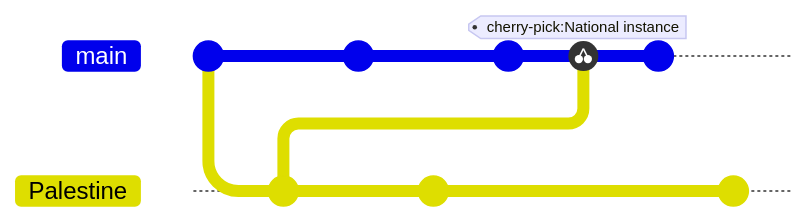
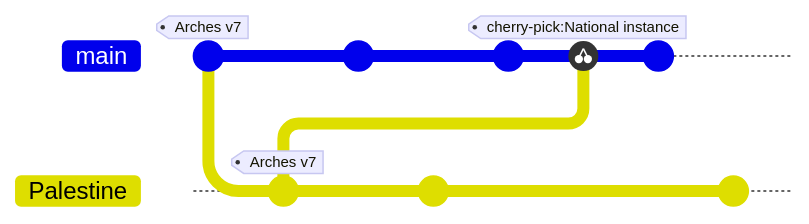
Before and after one commit to eamena-project/eamena-arches-dev: the first of 3 diagrams in dev/README.md, drawn with Mermaid. The commit also changed other lines of this file, not shown here. Commit ids are hidden.

````diff
--- a/dev/README.md
+++ b/dev/README.md
@@ -5,16 +5,16 @@
 ```mermaid
 gitGraph
-       commit
+       commit  tag: "Arches v7"
        branch Palestine
-       commit id:"National instance"
+       commit id:"National instance"  tag: "Arches v7"
        checkout main
        commit
        checkout Palestine
        commit
        checkout main
        commit
        cherry-pick id:"National instance"
        commit
        checkout Palestine
        commit
 ```
````
